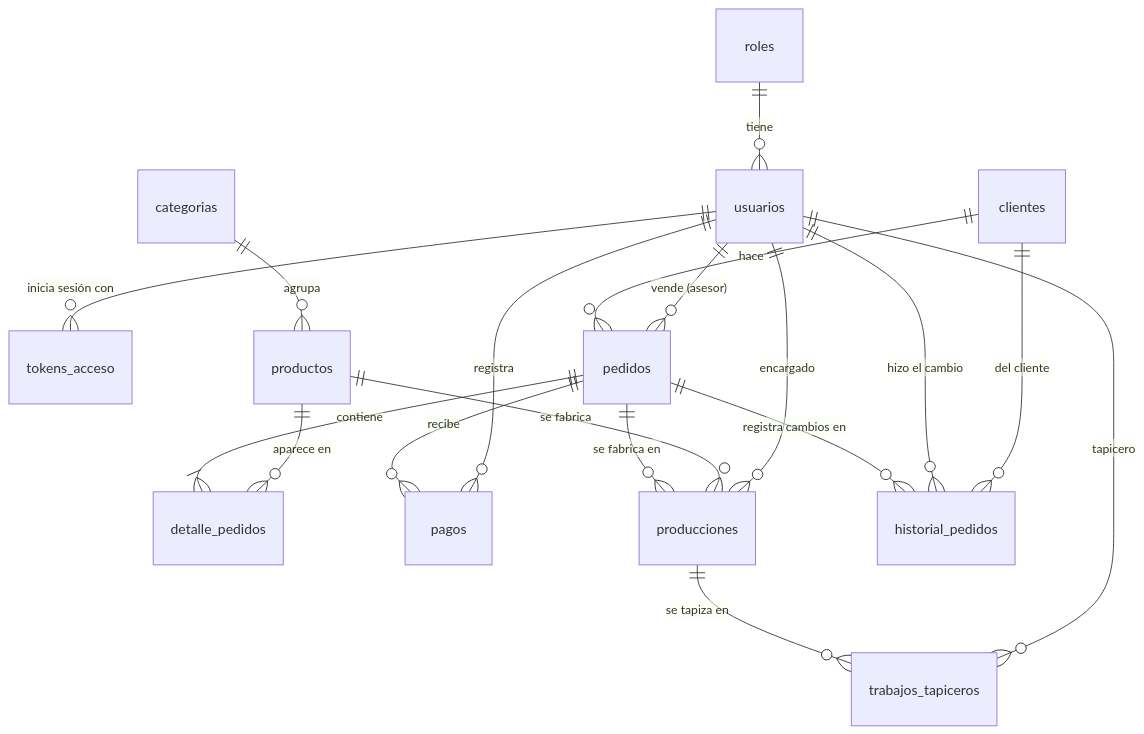
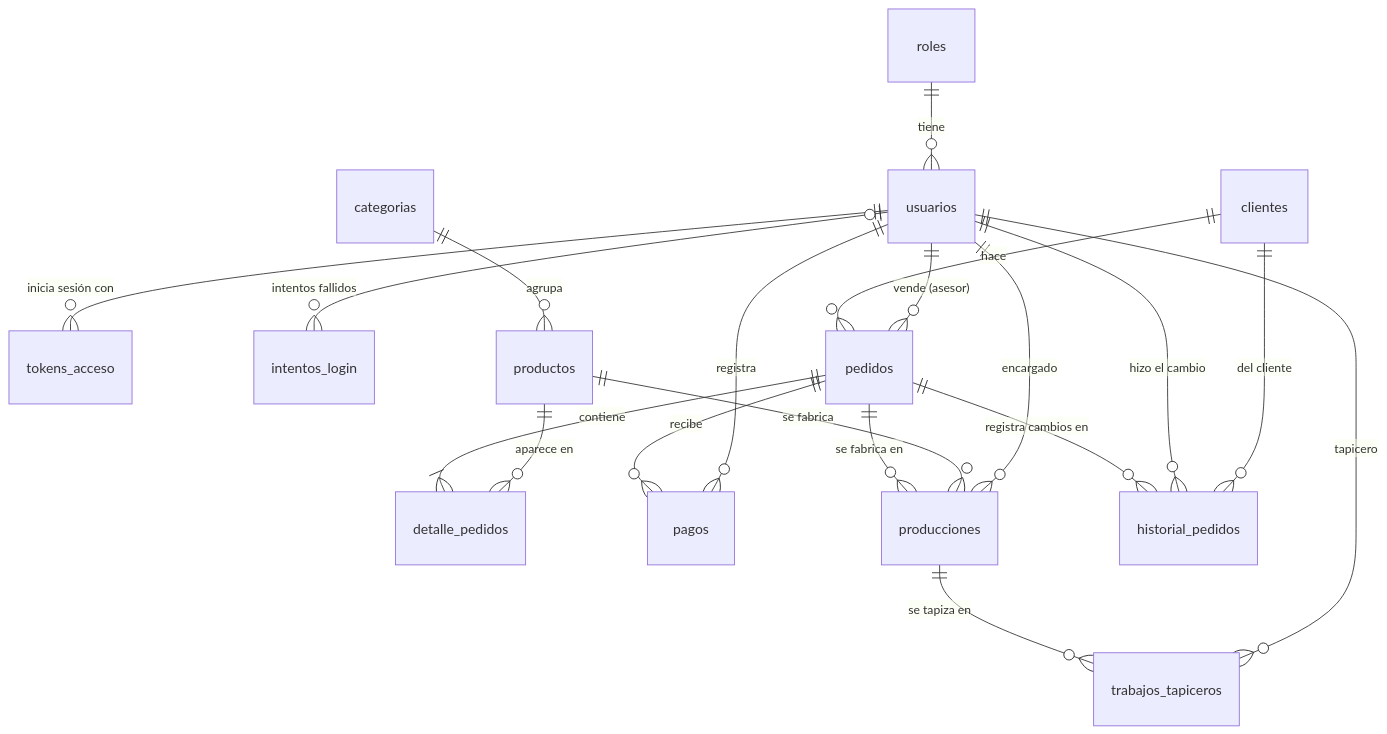
One commit to Julian-Gomez-L/ConexBase changed the diagram in docs/datos/index.md. Above: the diagram before and after it, drawn with Mermaid. The commit also changed other lines of this file and 27 other files, not shown here.

````diff
--- a/docs/datos/index.md
+++ b/docs/datos/index.md
@@ -13,23 +13,24 @@
 ```mermaid
 erDiagram
     roles ||--o{ usuarios : "tiene"
     usuarios ||--o{ tokens_acceso : "inicia sesión con"
+    usuarios |o--o{ intentos_login : "intentos fallidos"
     categorias ||--o{ productos : "agrupa"
 
     clientes ||--o{ pedidos : "hace"
     usuarios ||--o{ pedidos : "vende (asesor)"
     pedidos ||--|{ detalle_pedidos : "contiene"
     productos ||--o{ detalle_pedidos : "aparece en"
     pedidos ||--o{ pagos : "recibe"
     usuarios ||--o{ pagos : "registra"
 
     pedidos ||--o{ producciones : "se fabrica en"
     productos ||--o{ producciones : "se fabrica"
     usuarios ||--o{ producciones : "encargado"
     producciones ||--o{ trabajos_tapiceros : "se tapiza en"
     usuarios ||--o{ trabajos_tapiceros : "tapicero"
 
     pedidos ||--o{ historial_pedidos : "registra cambios en"
     usuarios ||--o{ historial_pedidos : "hizo el cambio"
     clientes ||--o{ historial_pedidos : "del cliente"
 ```
````
